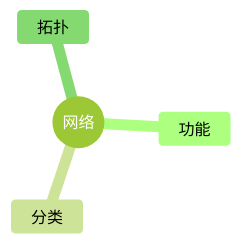
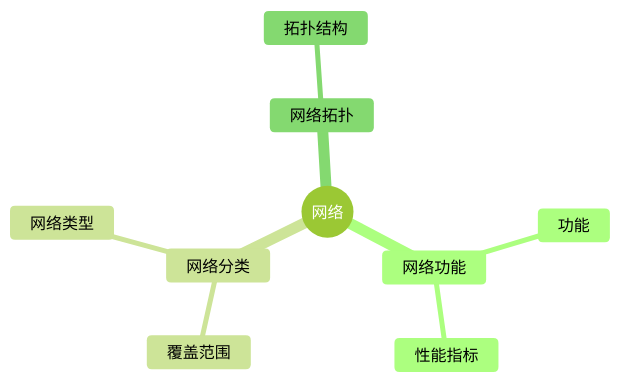
Before and after one commit to skylonely/sgao-website: the first of 2 diagrams in docs/ruankao/system-architect/chapters/chapter-05/02-network-overview.md, drawn with Mermaid (forest theme). The commit also changed other lines of this file and 39 other files, not shown here.

Commit message:
fix: Mermaid 思维导图

````diff
--- a/docs/ruankao/system-architect/chapters/chapter-05/02-network-overview.md
+++ b/docs/ruankao/system-architect/chapters/chapter-05/02-network-overview.md
@@ -29,7 +29,12 @@
 ```mermaid
 mindmap
   root((网络))
-    功能
-    分类
-    拓扑
+    网络功能
+      功能
+      性能指标
+    网络分类
+      覆盖范围
+      网络类型
+    网络拓扑
+      拓扑结构
 ```
````
